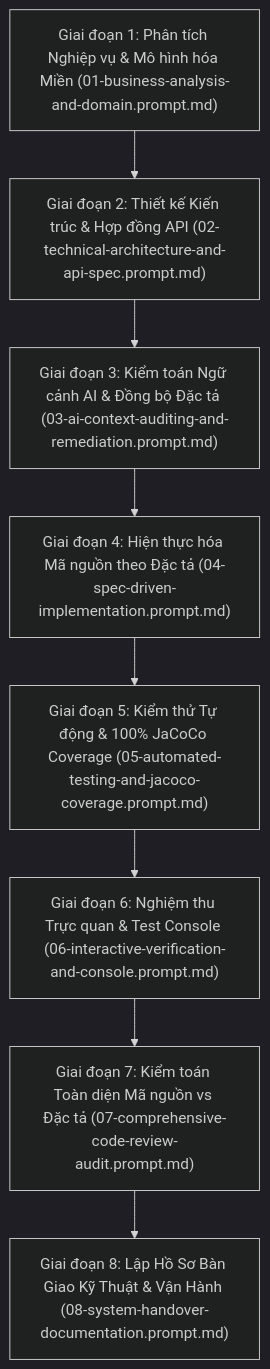
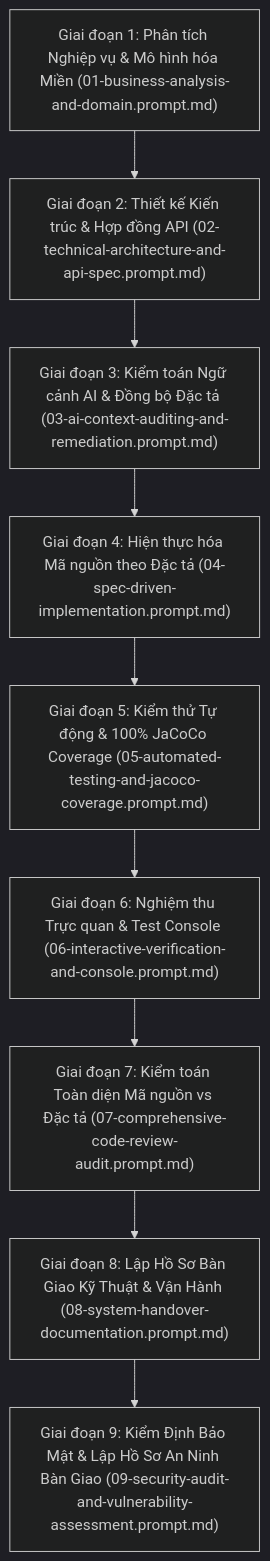
The diagram in docs/prompt/01-sdlc-playbook/00-MASTER-AI-NATIVE-SDLC-PLAYBOOK.md (duongbaphuc/ai-native-oms-api), drawn with Mermaid (dark theme) before and after one commit. The commit also changed other lines of this file and 4 other files, not shown here.

Commit message:
docs(security): add Phase 9 security audit prompt and comprehensive security handover report

````diff
--- a/docs/prompt/01-sdlc-playbook/00-MASTER-AI-NATIVE-SDLC-PLAYBOOK.md
+++ b/docs/prompt/01-sdlc-playbook/00-MASTER-AI-NATIVE-SDLC-PLAYBOOK.md
@@ -9,10 +9,11 @@
 ```mermaid
 graph TD
     P1["Giai đoạn 1: Phân tích Nghiệp vụ & Mô hình hóa Miền (01-business-analysis-and-domain.prompt.md)"] --> P2["Giai đoạn 2: Thiết kế Kiến trúc & Hợp đồng API (02-technical-architecture-and-api-spec.prompt.md)"]
     P2 --> P3["Giai đoạn 3: Kiểm toán Ngữ cảnh AI & Đồng bộ Đặc tả (03-ai-context-auditing-and-remediation.prompt.md)"]
     P3 --> P4["Giai đoạn 4: Hiện thực hóa Mã nguồn theo Đặc tả (04-spec-driven-implementation.prompt.md)"]
     P4 --> P5["Giai đoạn 5: Kiểm thử Tự động & 100% JaCoCo Coverage (05-automated-testing-and-jacoco-coverage.prompt.md)"]
     P5 --> P6["Giai đoạn 6: Nghiệm thu Trực quan & Test Console (06-interactive-verification-and-console.prompt.md)"]
     P6 --> P7["Giai đoạn 7: Kiểm toán Toàn diện Mã nguồn vs Đặc tả (07-comprehensive-code-review-audit.prompt.md)"]
     P7 --> P8["Giai đoạn 8: Lập Hồ Sơ Bàn Giao Kỹ Thuật & Vận Hành (08-system-handover-documentation.prompt.md)"]
+    P8 --> P9["Giai đoạn 9: Kiểm Định Bảo Mật & Lập Hồ Sơ An Ninh Bàn Giao (09-security-audit-and-vulnerability-assessment.prompt.md)"]
 ```
````
